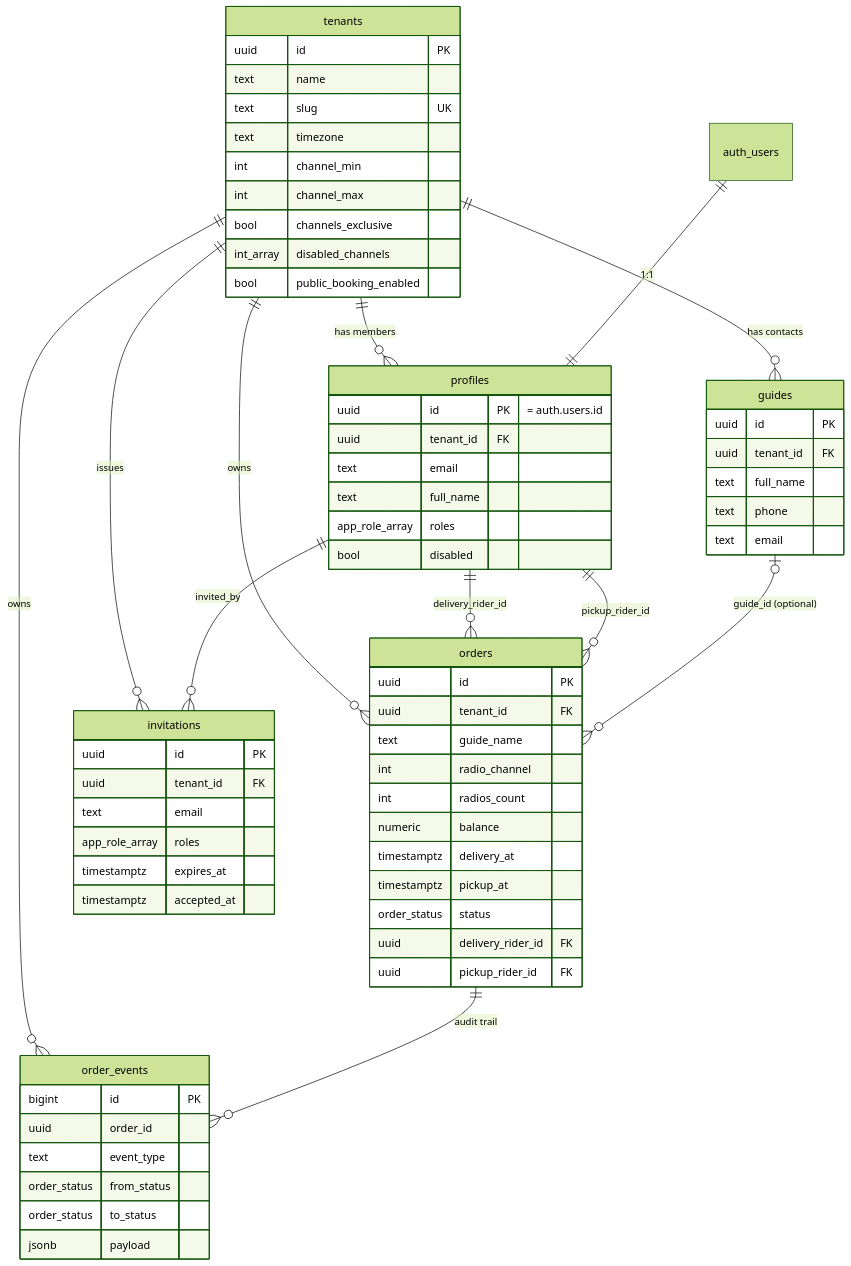
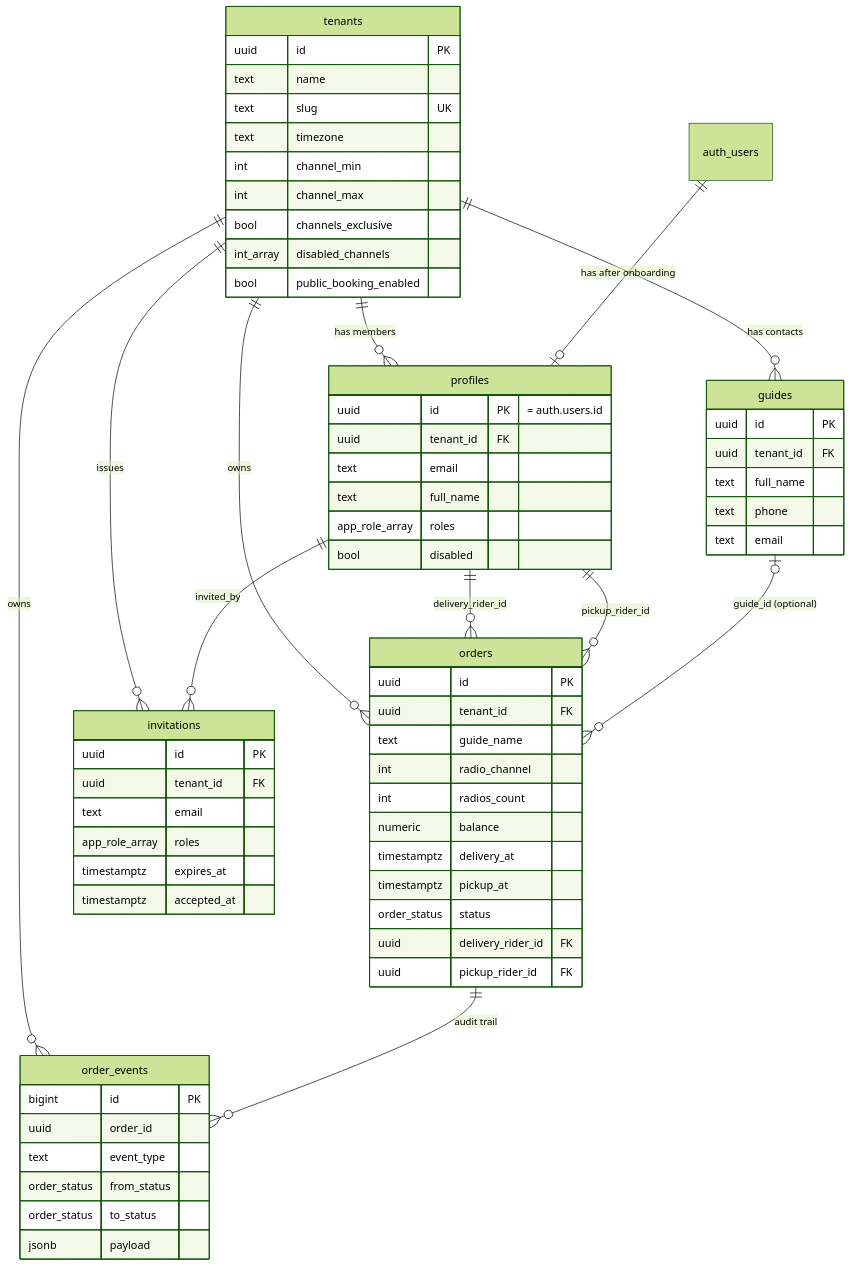
One commit to mariuz92/echoboxlogistics-web-app changed the diagram in docs/DATABASE.md. Above: the diagram before and after it, drawn with Mermaid (forest theme). The commit also changed other lines of this file and 40 other files, not shown here.

````diff
--- a/docs/DATABASE.md
+++ b/docs/DATABASE.md
@@ -19,70 +49,70 @@
 ```mermaid
 erDiagram
   tenants ||--o{ profiles : "has members"
   tenants ||--o{ guides : "has contacts"
   tenants ||--o{ orders : "owns"
   tenants ||--o{ invitations : "issues"
   tenants ||--o{ order_events : "owns"
-  auth_users ||--|| profiles : "1:1"
+  auth_users ||--o| profiles : "has after onboarding"
   profiles ||--o{ orders : "delivery_rider_id"
   profiles ||--o{ orders : "pickup_rider_id"
   profiles ||--o{ invitations : "invited_by"
   guides |o--o{ orders : "guide_id (optional)"
   orders ||--o{ order_events : "audit trail"
 
   tenants {
     uuid id PK
     text name
     text slug UK
     text timezone
     int channel_min
     int channel_max
     bool channels_exclusive
     int_array disabled_channels
     bool public_booking_enabled
   }
   profiles {
     uuid id PK "= auth.users.id"
     uuid tenant_id FK
     text email
     text full_name
     app_role_array roles
     bool disabled
   }
   guides {
     uuid id PK
     uuid tenant_id FK
     text full_name
     text phone
     text email
   }
   orders {
     uuid id PK
     uuid tenant_id FK
     text guide_name
     int radio_channel
     int radios_count
     numeric balance
     timestamptz delivery_at
     timestamptz pickup_at
     order_status status
     uuid delivery_rider_id FK
     uuid pickup_rider_id FK
   }
   invitations {
     uuid id PK
     uuid tenant_id FK
     text email
     app_role_array roles
     timestamptz expires_at
     timestamptz accepted_at
   }
   order_events {
     bigint id PK
     uuid order_id
     text event_type
     order_status from_status
     order_status to_status
     jsonb payload
   }
 ```
````
